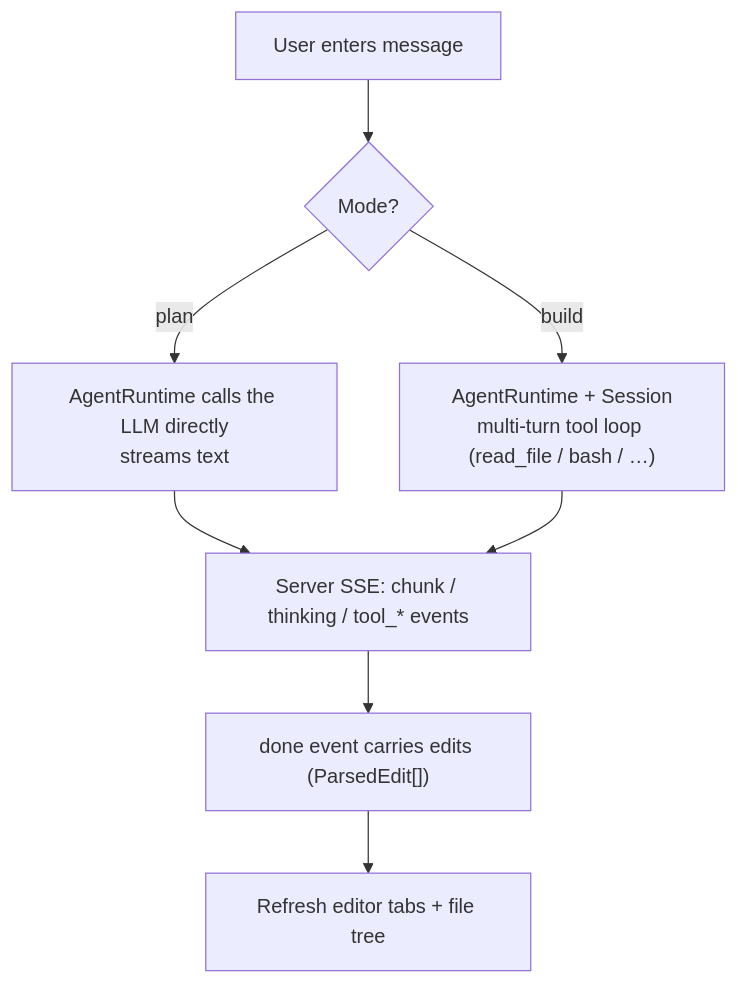
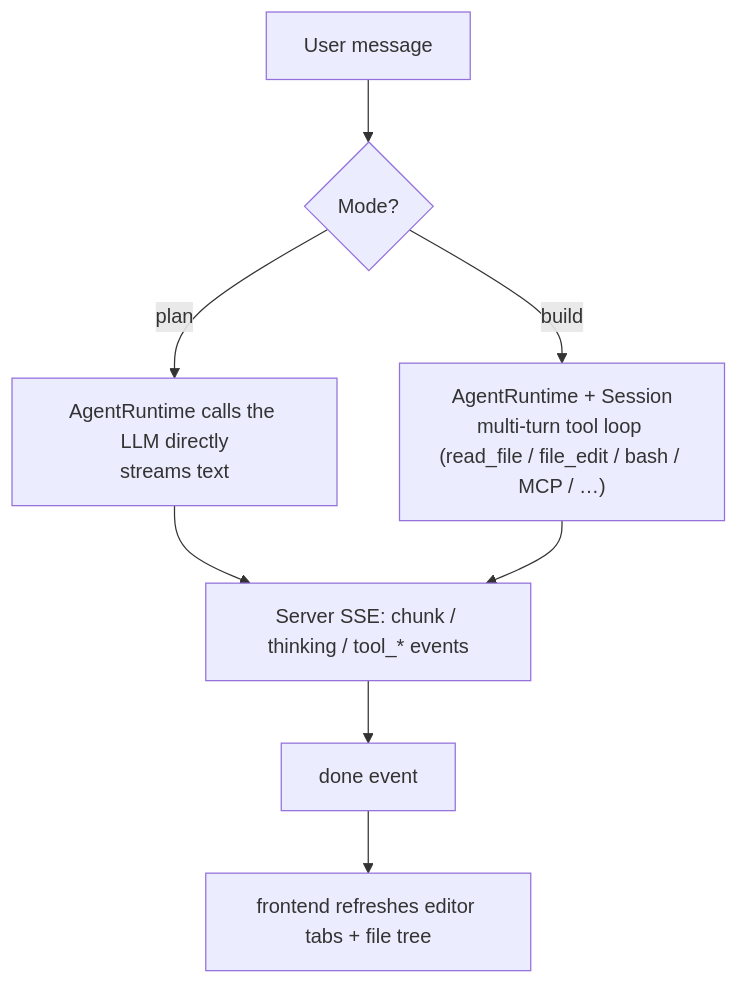
One commit to yishuw/Openwork_wy changed the fourth of 5 diagrams in README_EN.md. Above: the diagram before and after it, drawn with Mermaid. The commit also changed other lines of this file and 16 other files, not shown here.

````diff
--- a/README_EN.md
+++ b/README_EN.md
@@ -233,10 +250,10 @@
 ```mermaid
 flowchart TD
-    U["User enters message"] --> M{"Mode?"}
+    U["User message"] --> M{"Mode?"}
     M -->|plan| PL["AgentRuntime calls the LLM directly<br/>streams text"]
-    M -->|build| BD["AgentRuntime + Session<br/>multi-turn tool loop (read_file / bash / …)"]
+    M -->|build| BD["AgentRuntime + Session<br/>multi-turn tool loop (read_file / file_edit / bash / MCP / …)"]
     PL --> SSE["Server SSE: chunk / thinking / tool_* events"]
     BD --> SSE
-    SSE --> DONE["done event carries edits (ParsedEdit[])"]
-    DONE --> REF["Refresh editor tabs + file tree"]
+    SSE --> DONE["done event"]
+    DONE --> REF["frontend refreshes editor tabs + file tree"]
 ```
````
